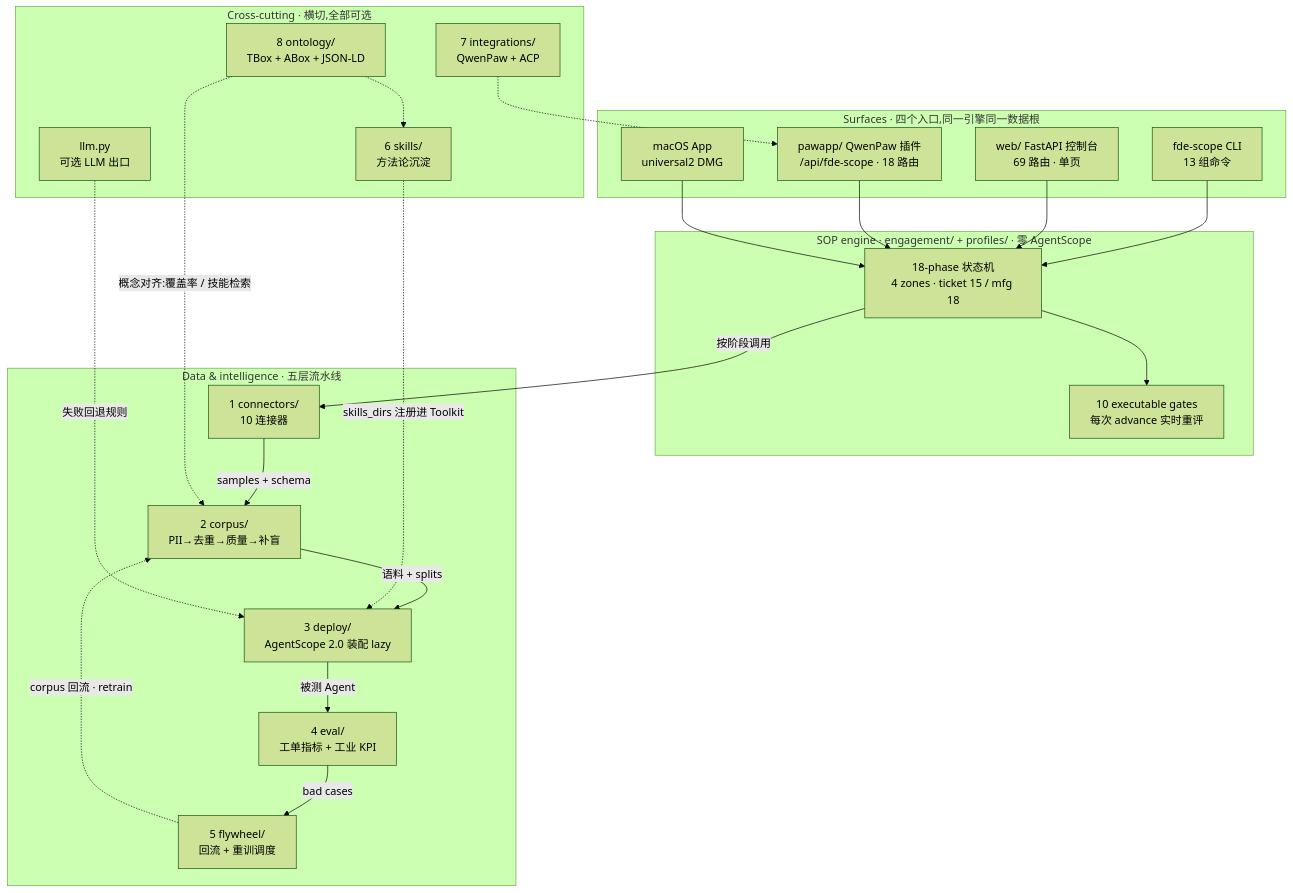
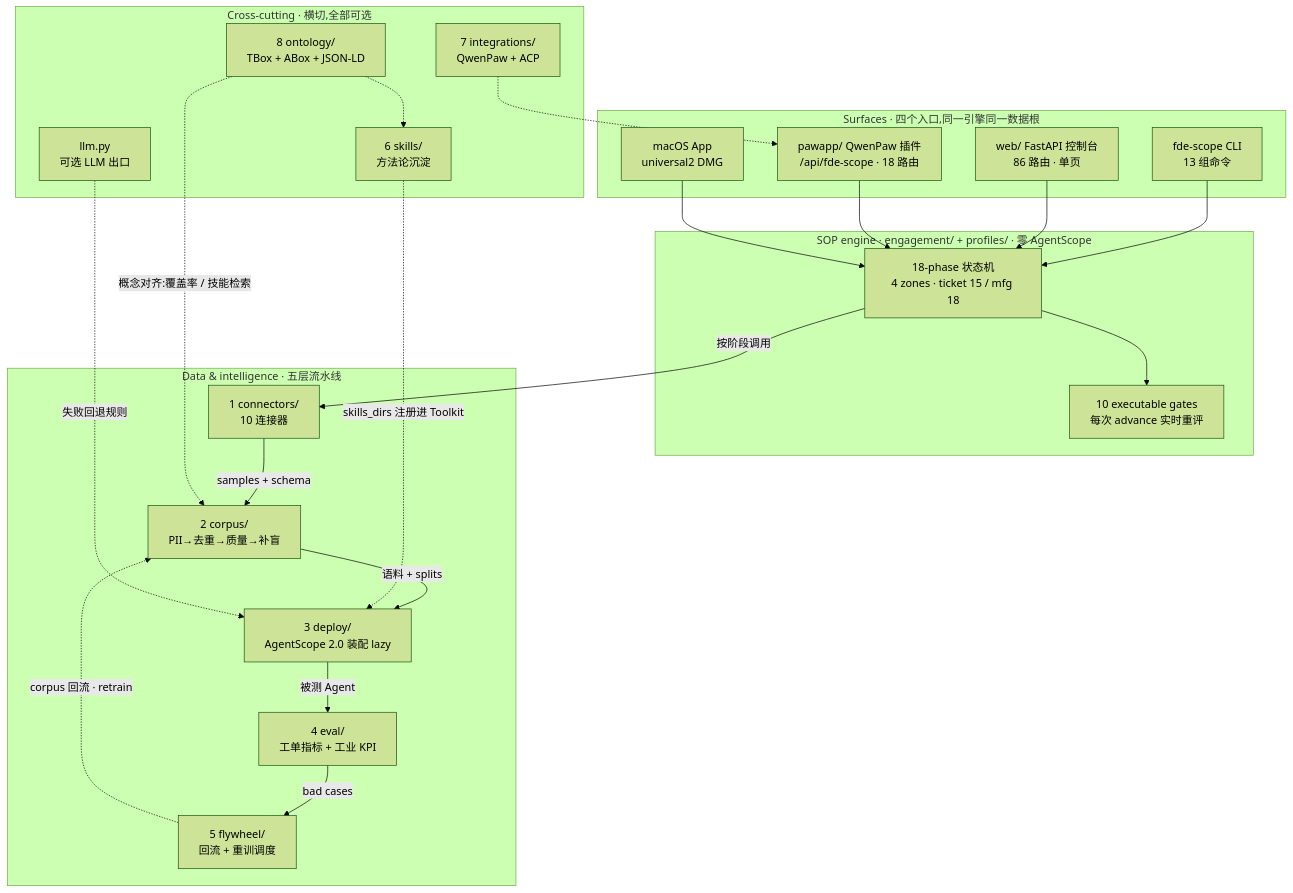
Before and after one commit to ai-guru-global/fde-scope: the second of 3 diagrams in README.md, drawn with Mermaid (forest theme). The commit also changed other lines of this file and 258 other files, not shown here.

````diff
--- a/README.md
+++ b/README.md
@@ -274,46 +299,46 @@
 ```mermaid
 flowchart TB
     subgraph surfaces["Surfaces · 四个入口,同一引擎同一数据根"]
         CLI["fde-scope CLI<br/>13 组命令"]
-        WEB["web/ FastAPI 控制台<br/>69 路由 · 单页"]
+        WEB["web/ FastAPI 控制台<br/>86 路由 · 单页"]
         PAW["pawapp/ QwenPaw 插件<br/>/api/fde-scope · 18 路由"]
         MAC["macOS App<br/>universal2 DMG"]
     end
 
     subgraph engine["SOP engine · engagement/ + profiles/ · 零 AgentScope"]
         PH["18-phase 状态机<br/>4 zones · ticket 15 / mfg 18"]
         GT["10 executable gates<br/>每次 advance 实时重评"]
     end
 
     subgraph layers["Data & intelligence · 五层流水线"]
         L1["1 connectors/<br/>10 连接器"]
         L2["2 corpus/<br/>PII→去重→质量→补盲"]
         L3["3 deploy/<br/>AgentScope 2.0 装配 lazy"]
         L4["4 eval/<br/>工单指标 + 工业 KPI"]
         L5["5 flywheel/<br/>回流 + 重训调度"]
         L1 -->|"samples + schema"| L2
         L2 -->|"语料 + splits"| L3
         L3 -->|"被测 Agent"| L4
         L4 -->|"bad cases"| L5
         L5 -.->|"corpus 回流 · retrain"| L2
     end
 
     subgraph cross["Cross-cutting · 横切,全部可选"]
         SK["6 skills/<br/>方法论沉淀"]
         INT["7 integrations/<br/>QwenPaw + ACP"]
         ONT["8 ontology/<br/>TBox + ABox + JSON-LD"]
         LLM["llm.py<br/>可选 LLM 出口"]
     end
 
     CLI --> PH
     WEB --> PH
     PAW --> PH
     MAC --> PH
     PH --> GT
     PH -->|"按阶段调用"| L1
     ONT -.->|"概念对齐:覆盖率 / 技能检索"| L2
     ONT -.-> SK
     SK -.->|"skills_dirs 注册进 Toolkit"| L3
     LLM -.->|"失败回退规则"| L3
     INT -.-> PAW
 ```
````
